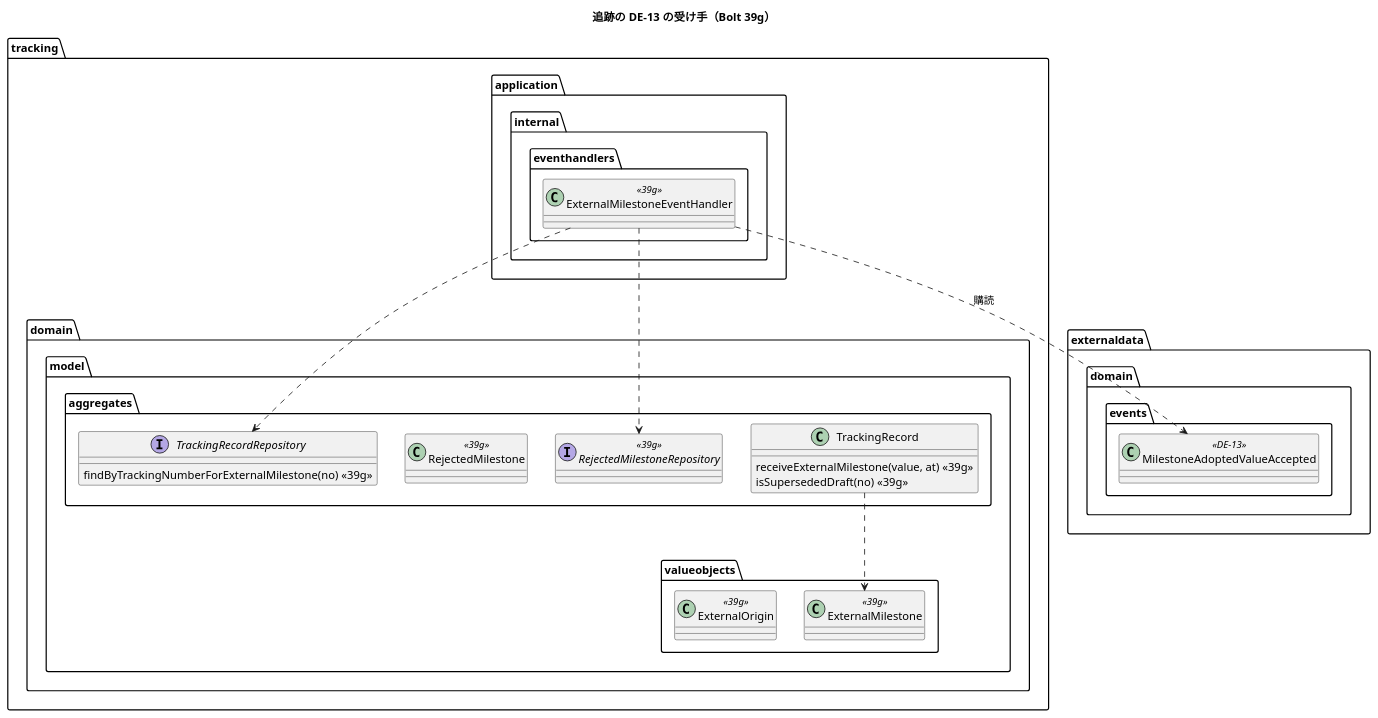
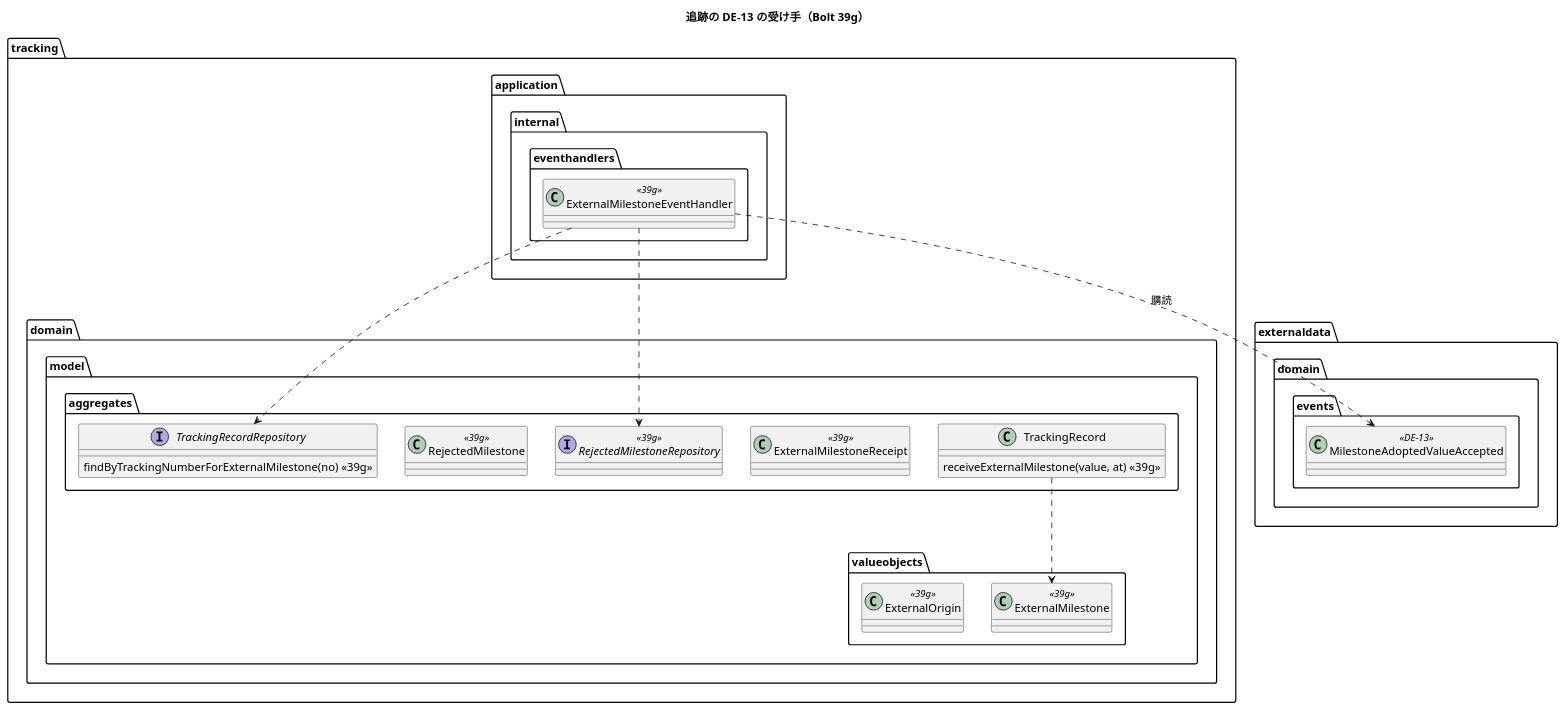
The fourth of 5 diagrams in docs/development/cargo-tracker/bolt_39g_plan.md (k2works/practical-domain-driven-design-in-enterpris-application), drawn with PlantUML before and after one commit. The commit also changed other lines of this file and 1 other file, not shown here.

````diff
--- a/docs/development/cargo-tracker/bolt_39g_plan.md
+++ b/docs/development/cargo-tracker/bolt_39g_plan.md
@@ -345,30 +374,30 @@
 ```plantuml
 @startuml
 title 追跡の DE-13 の受け手（Bolt 39g）
 package "externaldata.domain.events" {
   class MilestoneAdoptedValueAccepted <<DE-13>>
 }
 package "tracking.application.internal.eventhandlers" {
   class ExternalMilestoneEventHandler <<39g>>
 }
 package "tracking.domain.model.aggregates" {
   class TrackingRecord {
     receiveExternalMilestone(value, at) <<39g>>
-    isSupersededDraft(no) <<39g>>
   }
+  class ExternalMilestoneReceipt <<39g>>
   interface TrackingRecordRepository {
     findByTrackingNumberForExternalMilestone(no) <<39g>>
   }
   class RejectedMilestone <<39g>>
   interface RejectedMilestoneRepository <<39g>>
 }
 package "tracking.domain.model.valueobjects" {
   class ExternalMilestone <<39g>>
   class ExternalOrigin <<39g>>
 }
 ExternalMilestoneEventHandler ..> MilestoneAdoptedValueAccepted : 購読
 ExternalMilestoneEventHandler ..> TrackingRecordRepository
 ExternalMilestoneEventHandler ..> RejectedMilestoneRepository
 TrackingRecord ..> ExternalMilestone
 @enduml
 ```
````
